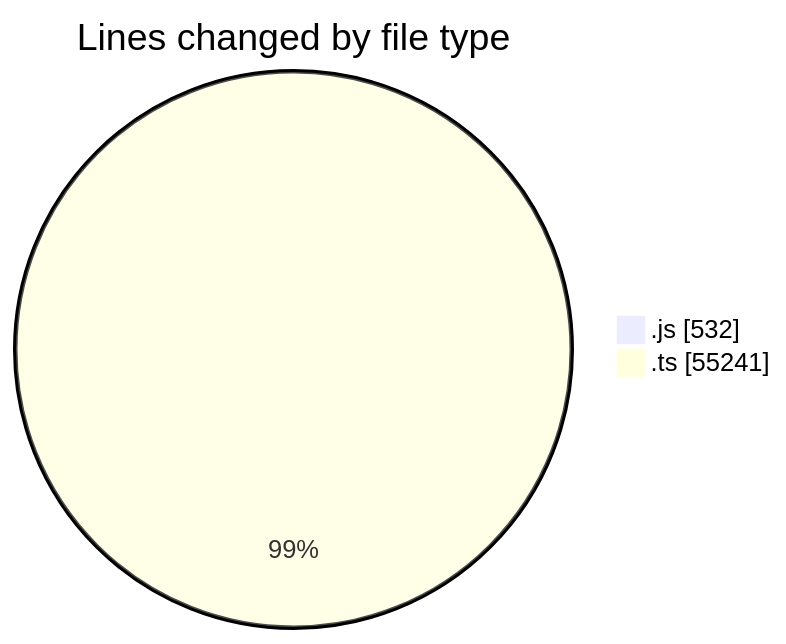
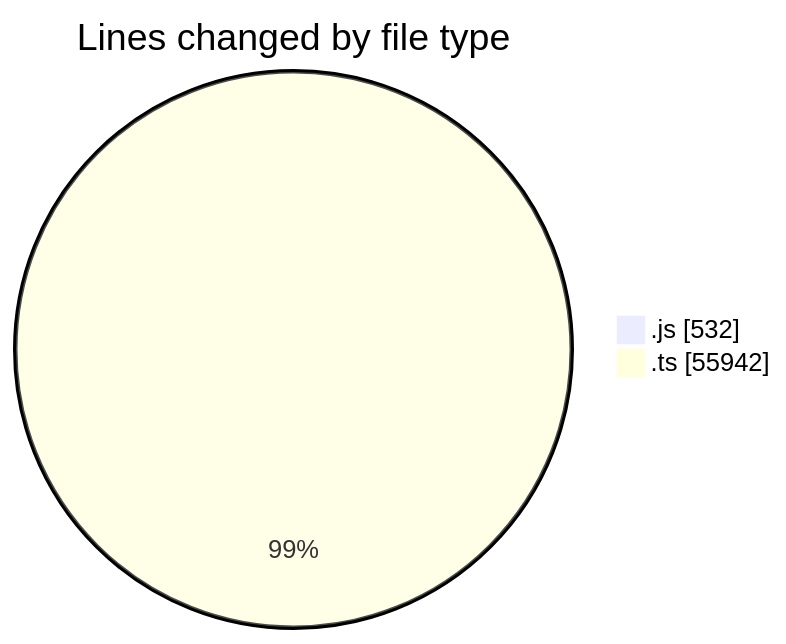
One commit to momahboobian/code-tracking changed the first of 2 diagrams in 2025-06-19/cda/README.md. Above: the diagram before and after it, drawn with Mermaid. The commit also changed other lines of this file and 1 other file, not shown here.

````diff
--- a/2025-06-19/cda/README.md
+++ b/2025-06-19/cda/README.md
@@ -32,6 +32,6 @@
 ```mermaid
 pie showData
 title Lines changed by file type
 ".js" : 532
-".ts" : 55241
+".ts" : 55942
 ```
````
